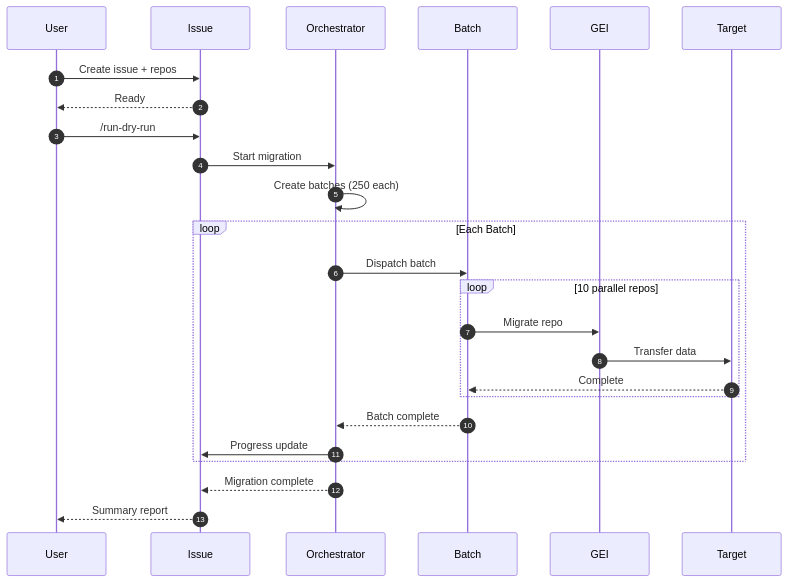
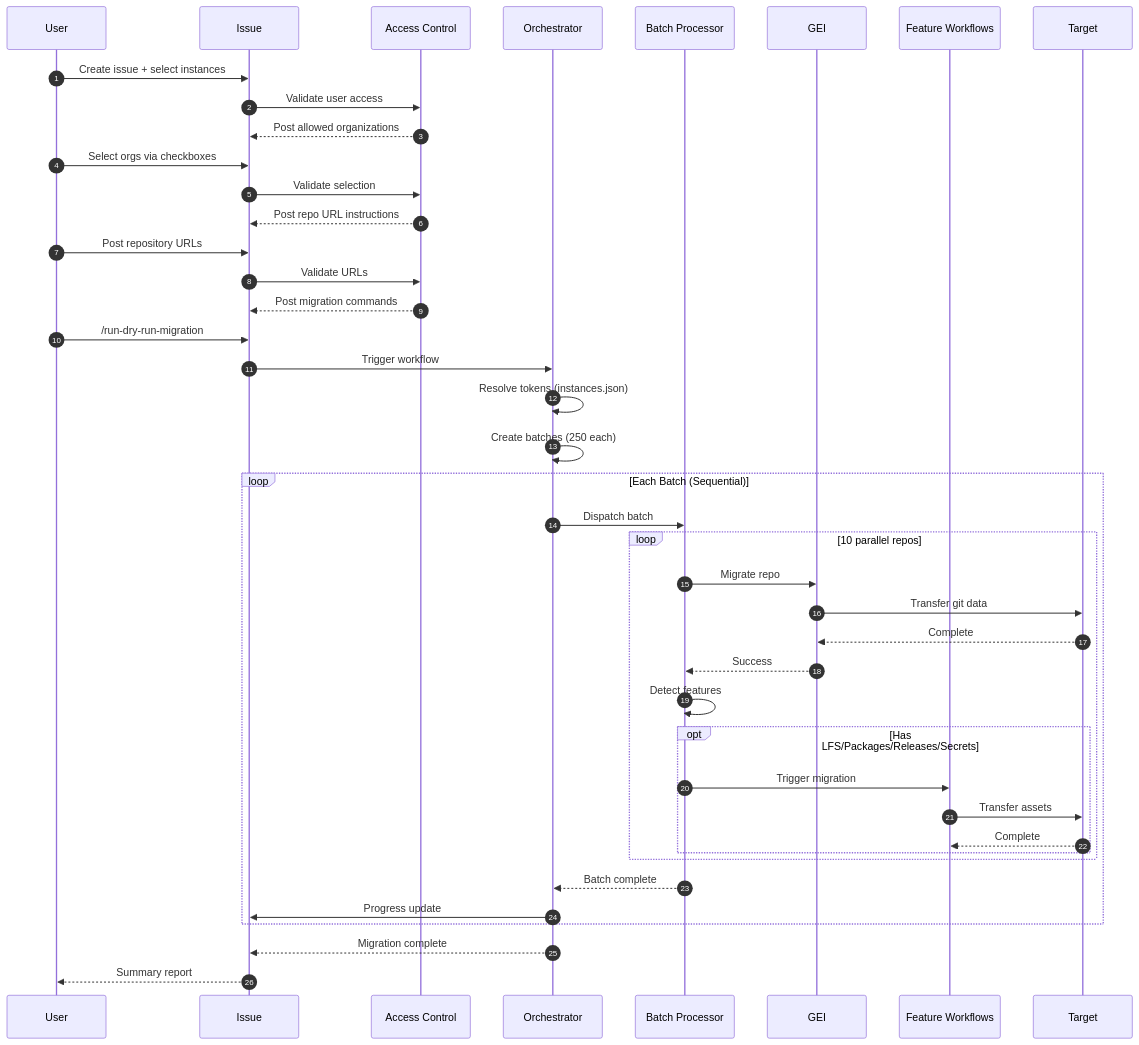
One commit to cvega/migraction changed the diagram in README.md. Above: the diagram before and after it, drawn with Mermaid. The commit also changed other lines of this file and 1 other file, not shown here.

````diff
--- a/README.md
+++ b/README.md
@@ -504,33 +1293,55 @@
 ```mermaid
 sequenceDiagram
     autonumber
     participant User
     participant Issue
+    participant Access Control
     participant Orchestrator
-    participant Batch
+    participant Batch Processor
     participant GEI
+    participant Feature Workflows
     participant Target
     
-    User->>Issue: Create issue + repos
-    Issue-->>User: Ready
+    User->>Issue: Create issue + select instances
+    Issue->>Access Control: Validate user access
+    Access Control-->>Issue: Post allowed organizations
     
-    User->>Issue: /run-dry-run
-    Issue->>Orchestrator: Start migration
+    User->>Issue: Select orgs via checkboxes
+    Issue->>Access Control: Validate selection
+    Access Control-->>Issue: Post repo URL instructions
+    
+    User->>Issue: Post repository URLs
+    Issue->>Access Control: Validate URLs
+    Access Control-->>Issue: Post migration commands
+    
+    User->>Issue: /run-dry-run-migration
+    Issue->>Orchestrator: Trigger workflow
+    
+    Orchestrator->>Orchestrator: Resolve tokens (instances.json)
     Orchestrator->>Orchestrator: Create batches (250 each)
     
-    loop Each Batch
-        Orchestrator->>Batch: Dispatch batch
+    loop Each Batch (Sequential)
+        Orchestrator->>Batch Processor: Dispatch batch
         
         loop 10 parallel repos
-            Batch->>GEI: Migrate repo
-            GEI->>Target: Transfer data
-            Target-->>Batch: Complete
+            Batch Processor->>GEI: Migrate repo
+            GEI->>Target: Transfer git data
+            Target-->>GEI: Complete
+            GEI-->>Batch Processor: Success
+            
+            Batch Processor->>Batch Processor: Detect features
+            
+            opt Has LFS/Packages/Releases/Secrets
+                Batch Processor->>Feature Workflows: Trigger migration
+                Feature Workflows->>Target: Transfer assets
+                Target-->>Feature Workflows: Complete
+            end
         end
         
-        Batch-->>Orchestrator: Batch complete
+        Batch Processor-->>Orchestrator: Batch complete
         Orchestrator->>Issue: Progress update
     end
     
     Orchestrator-->>Issue: Migration complete
     Issue-->>User: Summary report
 ```
````
